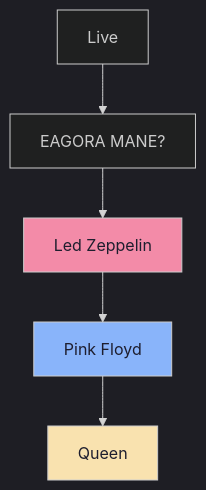
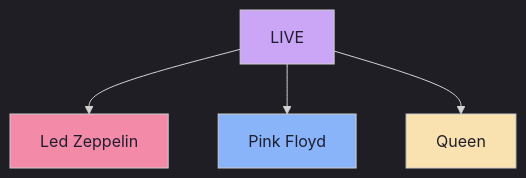
One commit to autibequi/nixos changed the diagram in vennon/self/skills/webview/mermaid/diagram.mmd. Above: the diagram before and after it, drawn with Mermaid. The commit also changed 7 other files, not shown here.

First line of the commit message:
feat(vennon): update Mermaid live features and documentation

```diff
--- a/vennon/self/skills/webview/mermaid/diagram.mmd
+++ b/vennon/self/skills/webview/mermaid/diagram.mmd
@@ -1,9 +1,9 @@
 %%{init: {'theme': 'dark'}}%%
 flowchart TD
-  A[Live] --> B[EAGORA MANE?]
-  B --> LZ[Led Zeppelin]
-  LZ --> PF[Pink Floyd]
-  PF --> Q[Queen]
+  L[LIVE] --> LZ[Led Zeppelin]
+  L --> PF[Pink Floyd]
+  L --> Q[Queen]
+  style L fill:#cba6f7,color:#1e1e2e
   style LZ fill:#f38ba8,color:#1e1e2e
   style PF fill:#89b4fa,color:#1e1e2e
   style Q fill:#f9e2af,color:#1e1e2e
```
